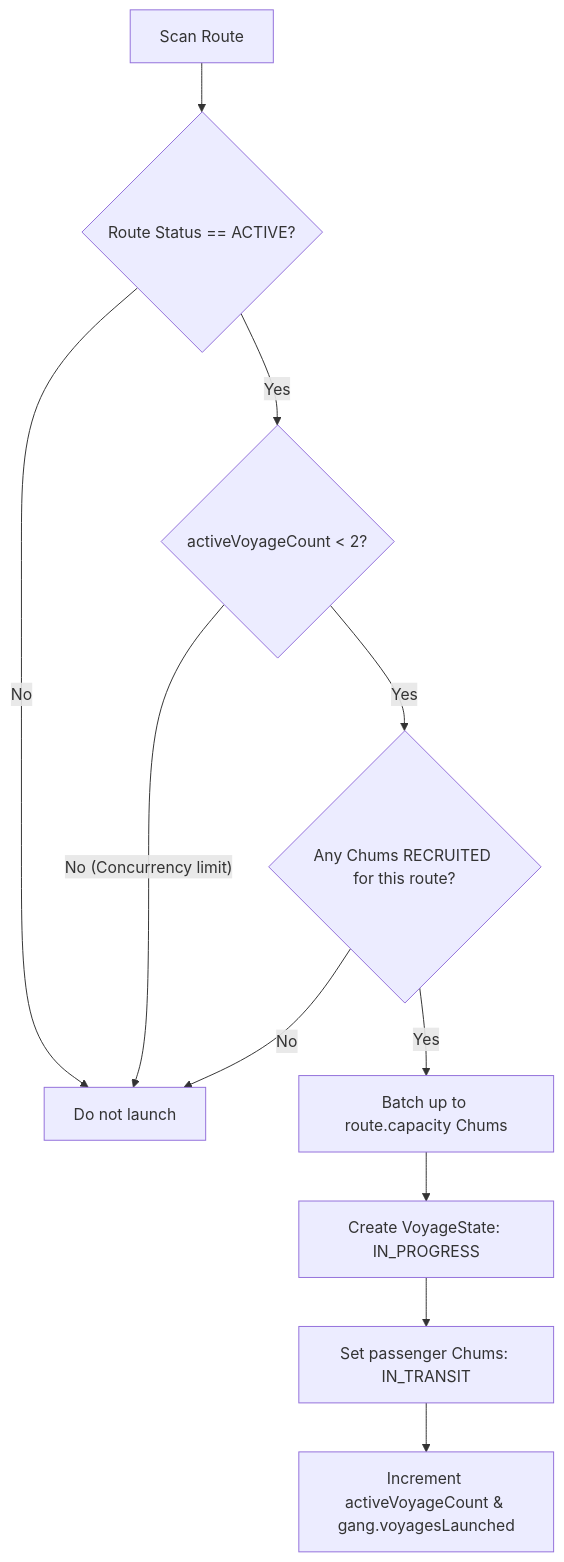
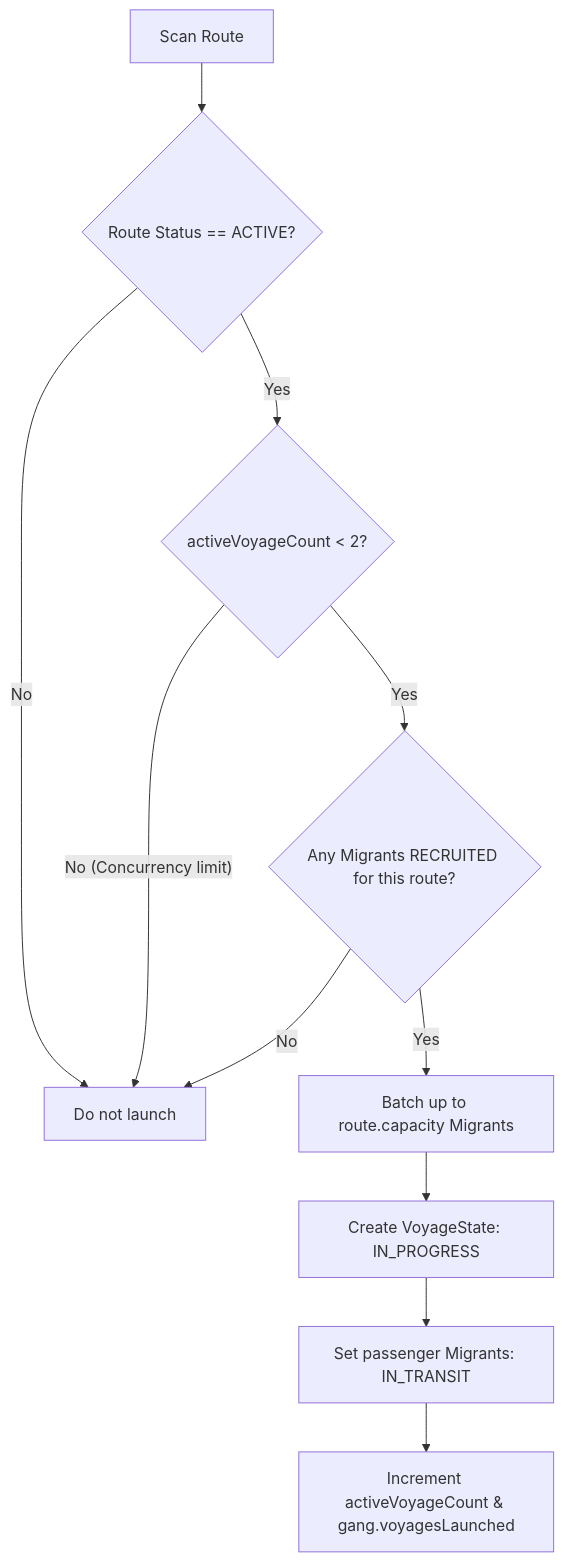
One commit to chrisdb-playground/brokeworld changed the diagram in docs/sim/voyages.md. Above: the diagram before and after it, drawn with Mermaid. The commit also changed other lines of this file and 1067 other files, not shown here.

````diff
--- a/docs/sim/voyages.md
+++ b/docs/sim/voyages.md
@@ -17,13 +17,13 @@
 ```mermaid
 flowchart TD
     A[Scan Route] --> B{Route Status == ACTIVE?}
     B -- No --> Skip[Do not launch]
     B -- Yes --> C{activeVoyageCount < 2?}
     C -- No (Concurrency limit) --> Skip
-    C -- Yes --> D{Any Chums RECRUITED for this route?}
+    C -- Yes --> D{Any Migrants RECRUITED for this route?}
     D -- No --> Skip
-    D -- Yes --> E[Batch up to route.capacity Chums]
+    D -- Yes --> E[Batch up to route.capacity Migrants]
     E --> F[Create VoyageState: IN_PROGRESS]
-    F --> G[Set passenger Chums: IN_TRANSIT]
+    F --> G[Set passenger Migrants: IN_TRANSIT]
     G --> H[Increment activeVoyageCount & gang.voyagesLaunched]
 ```
````
